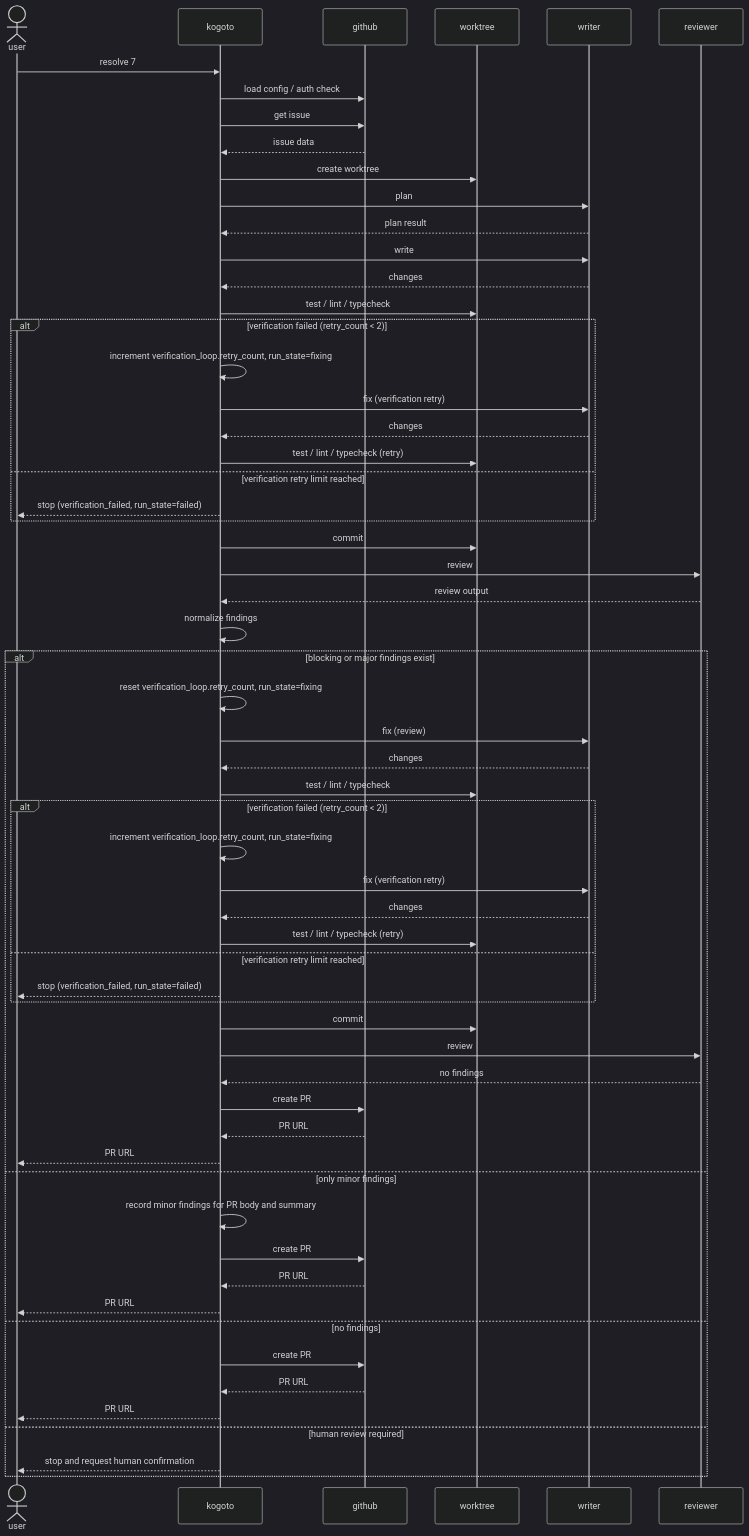
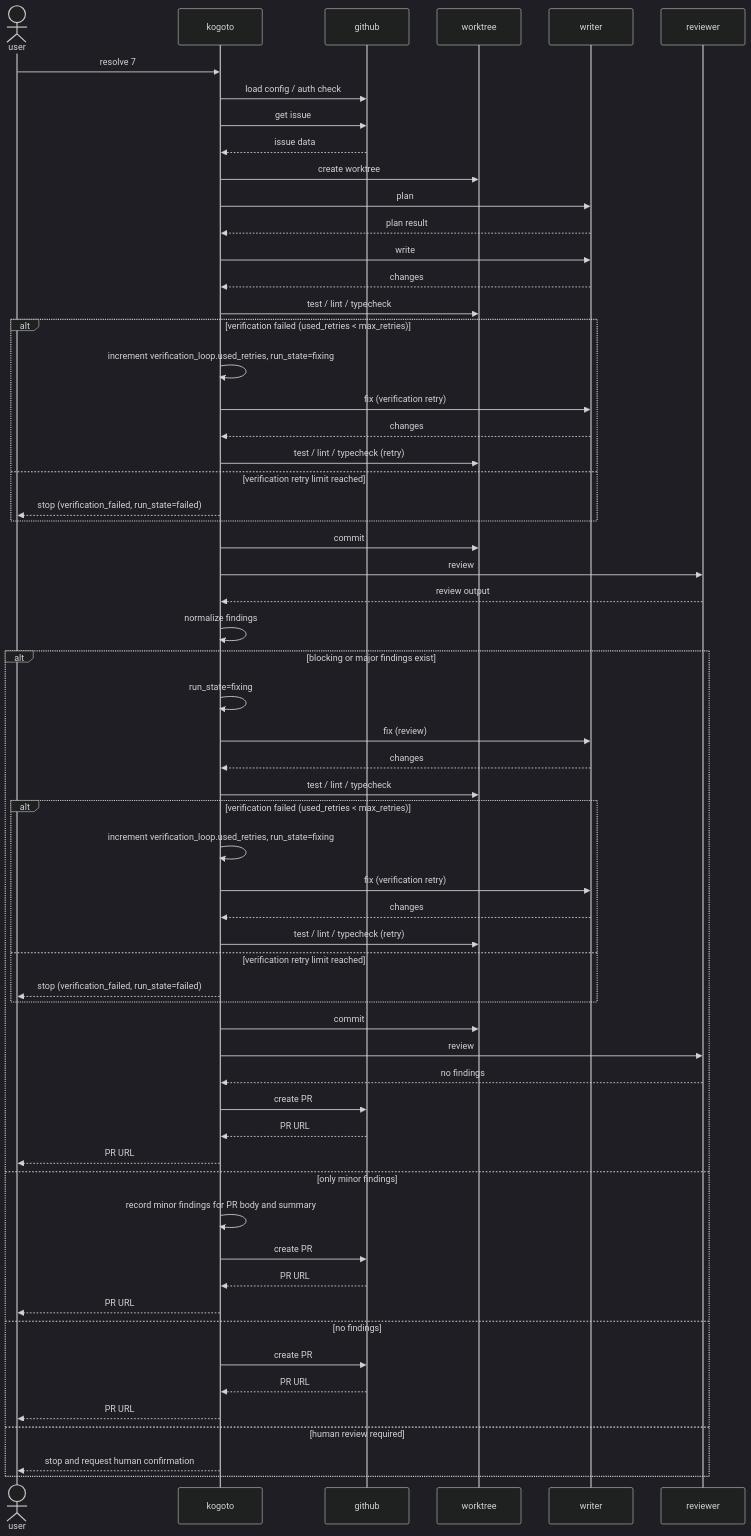
One commit to tooppoo/Fuda changed the first of 4 diagrams in docs/internal/processing-sequence.md. Above: the diagram before and after it, drawn with Mermaid (dark theme). The commit also changed other lines of this file and 7 other files, not shown here.

````diff
--- a/docs/internal/processing-sequence.md
+++ b/docs/internal/processing-sequence.md
@@ -49,68 +49,68 @@
 ```mermaid
 sequenceDiagram
     actor user
     participant kogoto
     participant github
     participant worktree
     participant writer
     participant reviewer
 
     user->>kogoto: resolve 7
     kogoto->>github: load config / auth check
     kogoto->>github: get issue
     github-->>kogoto: issue data
     kogoto->>worktree: create worktree
     kogoto->>writer: plan
     writer-->>kogoto: plan result
     kogoto->>writer: write
     writer-->>kogoto: changes
     kogoto->>worktree: test / lint / typecheck
 
-    alt verification failed (retry_count < 2)
-        kogoto->>kogoto: increment verification_loop.retry_count, run_state=fixing
+    alt verification failed (used_retries < max_retries)
+        kogoto->>kogoto: increment verification_loop.used_retries, run_state=fixing
         kogoto->>writer: fix (verification retry)
         writer-->>kogoto: changes
         kogoto->>worktree: test / lint / typecheck (retry)
     else verification retry limit reached
         kogoto-->>user: stop (verification_failed, run_state=failed)
     end
 
     kogoto->>worktree: commit
     kogoto->>reviewer: review
     reviewer-->>kogoto: review output
     kogoto->>kogoto: normalize findings
 
     alt blocking or major findings exist
-        kogoto->>kogoto: reset verification_loop.retry_count, run_state=fixing
+        kogoto->>kogoto: run_state=fixing
         kogoto->>writer: fix (review)
         writer-->>kogoto: changes
         kogoto->>worktree: test / lint / typecheck
 
-        alt verification failed (retry_count < 2)
-            kogoto->>kogoto: increment verification_loop.retry_count, run_state=fixing
+        alt verification failed (used_retries < max_retries)
+            kogoto->>kogoto: increment verification_loop.used_retries, run_state=fixing
             kogoto->>writer: fix (verification retry)
             writer-->>kogoto: changes
             kogoto->>worktree: test / lint / typecheck (retry)
         else verification retry limit reached
             kogoto-->>user: stop (verification_failed, run_state=failed)
         end
 
         kogoto->>worktree: commit
         kogoto->>reviewer: review
         reviewer-->>kogoto: no findings
         kogoto->>github: create PR
         github-->>kogoto: PR URL
         kogoto-->>user: PR URL
     else only minor findings
         kogoto->>kogoto: record minor findings for PR body and summary
         kogoto->>github: create PR
         github-->>kogoto: PR URL
         kogoto-->>user: PR URL
     else no findings
         kogoto->>github: create PR
         github-->>kogoto: PR URL
         kogoto-->>user: PR URL
     else human review required
         kogoto-->>user: stop and request human confirmation
     end
 ```
````
